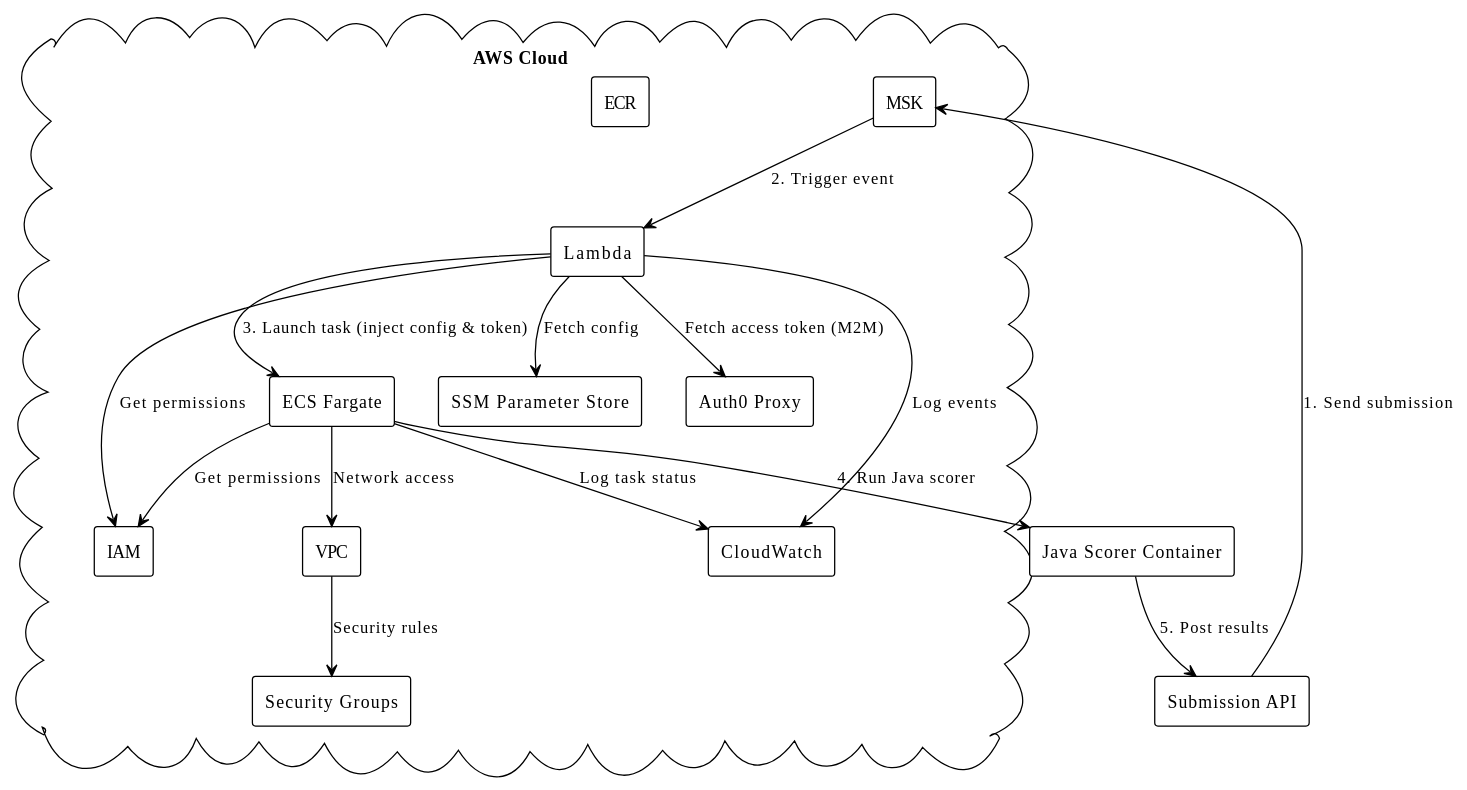
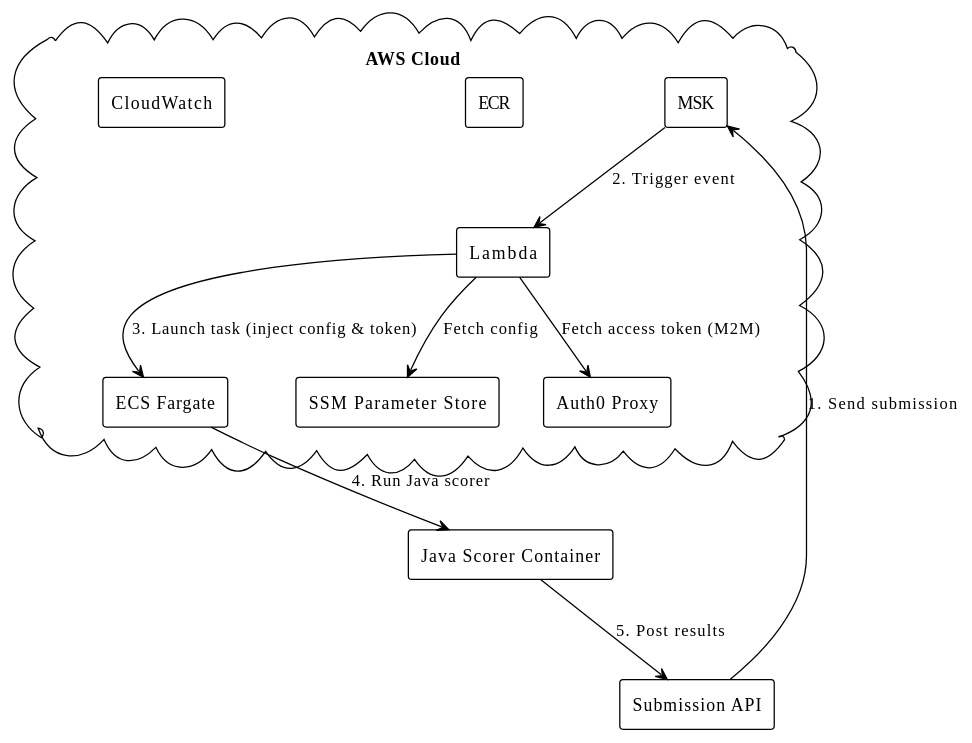
Before and after one commit to apollosoftdev/topcoder-4: the diagram in architecture.md, drawn with PlantUML. The commit also changed other lines of this file and 4 other files, not shown here.

First line of the commit message:
Refactor architecture documentation and deployment guide for fan-out system

````diff
--- a/architecture.md
+++ b/architecture.md
@@ -57,37 +140,28 @@
 ```plantuml
 @startuml
 !theme plain
 skinparam componentStyle rectangle
 
 cloud "AWS Cloud" {
   [MSK] as kafka
   [Lambda] as lambda
   [ECS Fargate] as ecs
   [ECR] as ecr
   [CloudWatch] as cw
-  [IAM] as iam
-  [VPC] as vpc
-  [Security Groups] as sg
   [SSM Parameter Store] as ssm
   [Auth0 Proxy] as auth0
 }
 
 [Submission API] as api
 [Java Scorer Container] as scorer
 
 api --> kafka : "1. Send submission"
 kafka --> lambda : "2. Trigger event"
 lambda --> ssm : "Fetch config"
 lambda --> auth0 : "Fetch access token (M2M)"
 lambda --> ecs : "3. Launch task (inject config & token)"
 ecs --> scorer : "4. Run Java scorer"
 scorer --> api : "5. Post results"
-lambda --> cw : "Log events"
-ecs --> cw : "Log task status"
-lambda --> iam : "Get permissions"
-ecs --> iam : "Get permissions"
-ecs --> vpc : "Network access"
-vpc --> sg : "Security rules"
 
 @enduml
 ```
````
